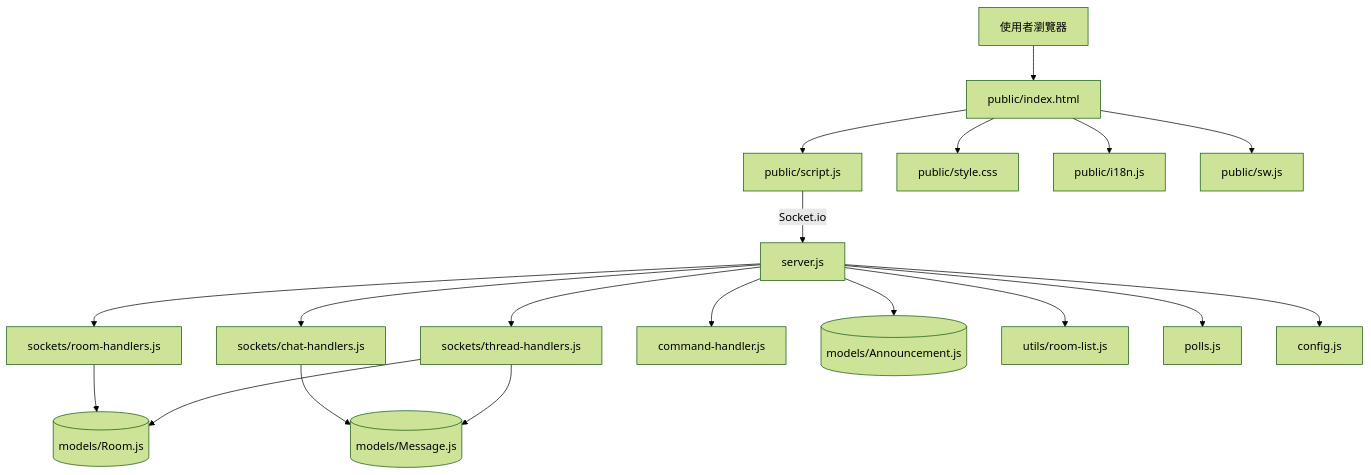
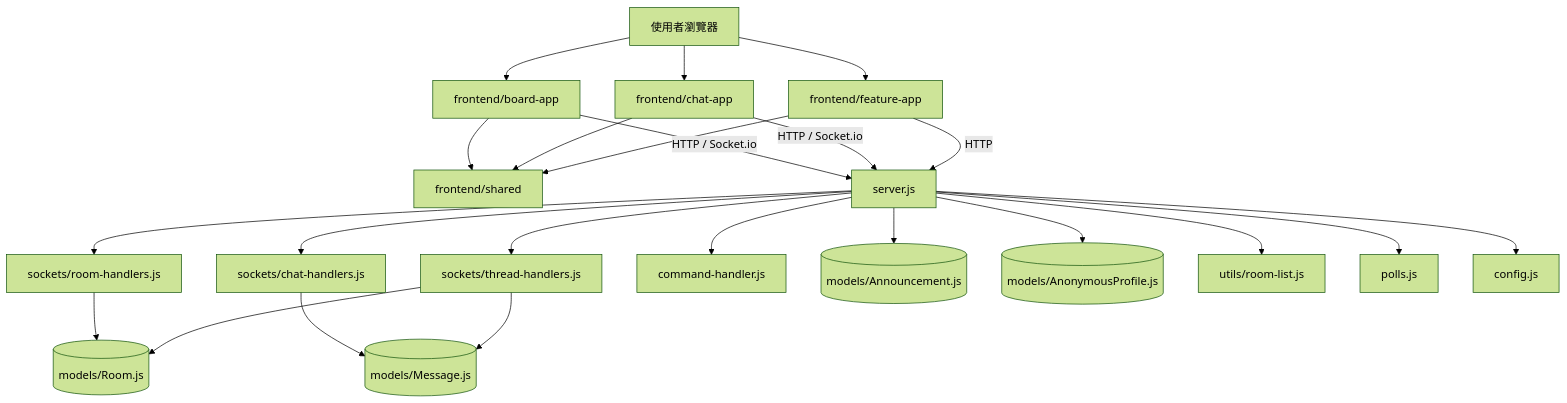
Before and after one commit to Tienxiang0520/baha-chat: the diagram in README.md, drawn with Mermaid (forest theme). The commit also changed other lines of this file and 2 other files, not shown here.

````diff
--- a/README.md
+++ b/README.md
@@ -55,24 +61,29 @@
 ```mermaid
 flowchart TB
-  U[使用者瀏覽器] --> P[public/index.html]
-  P --> S[public/script.js]
-  P --> C[public/style.css]
-  P --> I[public/i18n.js]
-  P --> SW[public/sw.js]
+  U[使用者瀏覽器] --> B["frontend/board-app"]
+  U --> C["frontend/chat-app"]
+  U --> F["frontend/feature-app"]
+  B --> SH["frontend/shared"]
+  C --> SH
+  F --> SH
 
-  S -->|Socket.io| SV[server.js]
+  B -->|HTTP / Socket.io| SV[server.js]
+  C -->|HTTP / Socket.io| SV
+  F -->|HTTP| SV
+
   SV --> RH[sockets/room-handlers.js]
   SV --> CH[sockets/chat-handlers.js]
   SV --> TH[sockets/thread-handlers.js]
   SV --> CMD[command-handler.js]
 
   RH --> R[(models/Room.js)]
   CH --> M[(models/Message.js)]
   TH --> R
   TH --> M
 
   SV --> A[(models/Announcement.js)]
+  SV --> AP[(models/AnonymousProfile.js)]
   SV --> RL[utils/room-list.js]
   SV --> PLS[polls.js]
   SV --> CFG[config.js]
 ```
````
